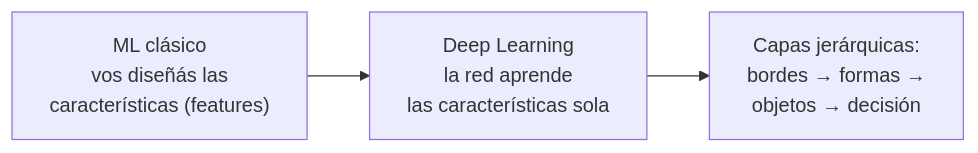
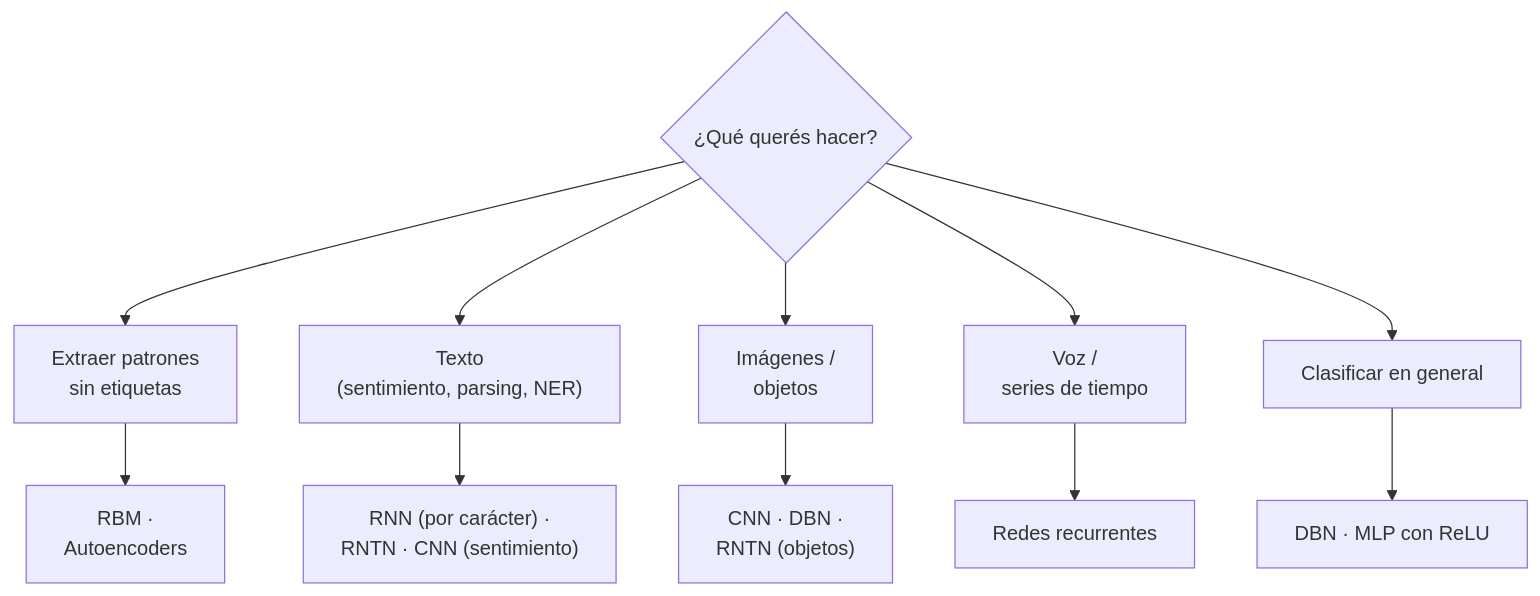
The diagram in Materias/Ciencia de Datos/Guías de estudio/12 - Introducción al aprendizaje profundo.md (totogr/Tomas-Goncalves-Rei), drawn with Mermaid before and after one commit. The commit also changed other lines of this file and 22 other files, not shown here.

````diff
--- a/Materias/Ciencia de Datos/Guías de estudio/12 - Introducción al aprendizaje profundo.md
+++ b/Materias/Ciencia de Datos/Guías de estudio/12 - Introducción al aprendizaje profundo.md
@@ -28,5 +43,13 @@
 ```mermaid
-flowchart LR
-    A["ML clásico<br/>vos diseñás las<br/>características (features)"] --> B["Deep Learning<br/>la red aprende<br/>las características sola"]
-    B --> C["Capas jerárquicas:<br/>bordes → formas →<br/>objetos → decisión"]
+flowchart TD
+    A{"¿Qué querés hacer?"} --> B["Extraer patrones<br/>sin etiquetas"]
+    A --> C["Texto<br/>(sentimiento, parsing, NER)"]
+    A --> D["Imágenes /<br/>objetos"]
+    A --> E["Voz /<br/>series de tiempo"]
+    A --> F["Clasificar en general"]
+    B --> B1["RBM ·<br/>Autoencoders"]
+    C --> C1["RNN (por carácter) ·<br/>RNTN · CNN (sentimiento)"]
+    D --> D1["CNN · DBN ·<br/>RNTN (objetos)"]
+    E --> E1["Redes recurrentes"]
+    F --> F1["DBN · MLP con ReLU"]
 ```
````
